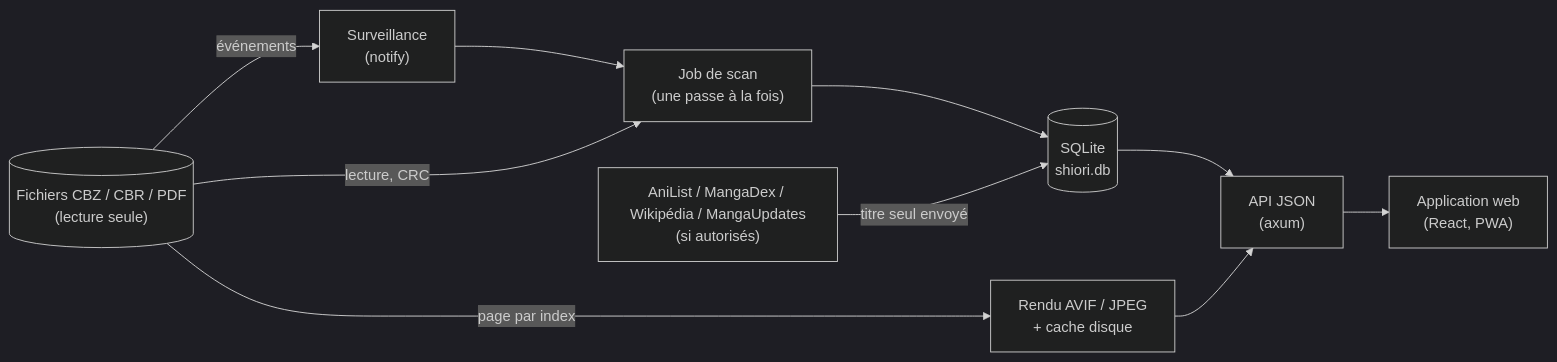
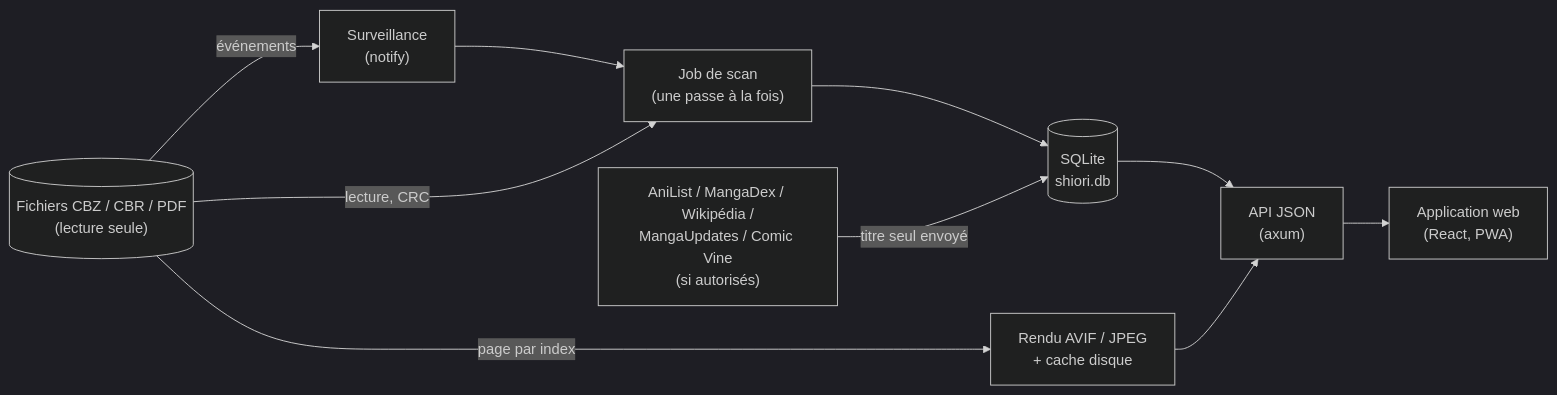
Before and after one commit to befa160/shiori: the diagram in docs/technical/index.md, drawn with Mermaid (dark theme). The commit also changed other lines of this file and 39 other files, not shown here.

First line of the commit message:
feat: source Comic Vine (1.4d) (#162)

````diff
--- a/docs/technical/index.md
+++ b/docs/technical/index.md
@@ -23,16 +23,16 @@
 ```mermaid
 flowchart LR
   F[("Fichiers CBZ / CBR / PDF<br/>(lecture seule)")]
   W["Surveillance<br/>(notify)"]
   J["Job de scan<br/>(une passe à la fois)"]
   DB[("SQLite<br/>shiori.db")]
   API["API JSON<br/>(axum)"]
   R["Rendu AVIF / JPEG<br/>+ cache disque"]
-  M["AniList / MangaDex / Wikipédia / MangaUpdates<br/>(si autorisés)"]
+  M["AniList / MangaDex / Wikipédia /<br/>MangaUpdates / Comic Vine<br/>(si autorisés)"]
   UI["Application web<br/>(React, PWA)"]
   F -- événements --> W --> J
   F -- lecture, CRC --> J --> DB
   DB --> API --> UI
   F -- page par index --> R --> API
   M -- titre seul envoyé --> DB
 ```
````
